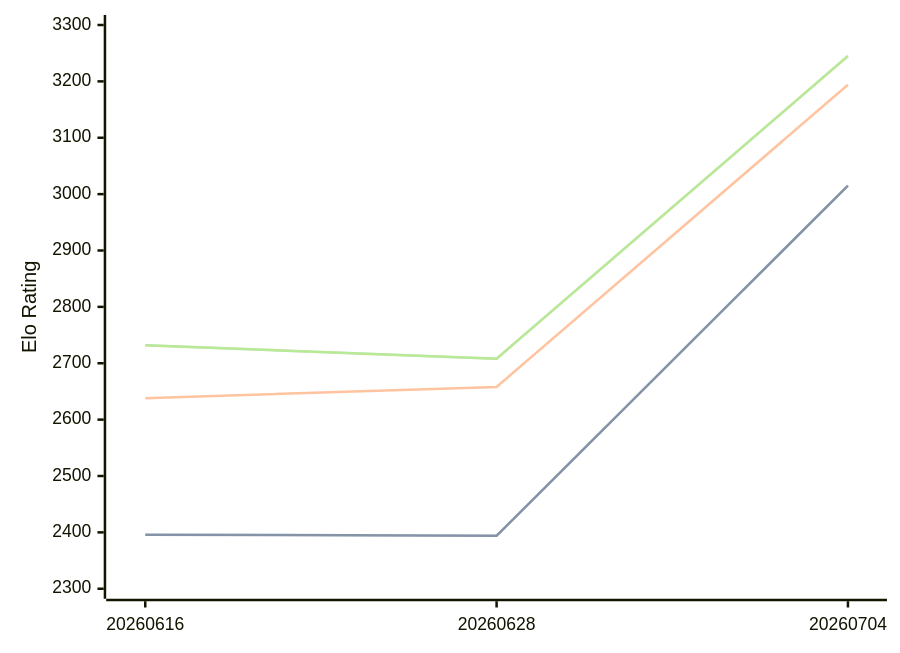
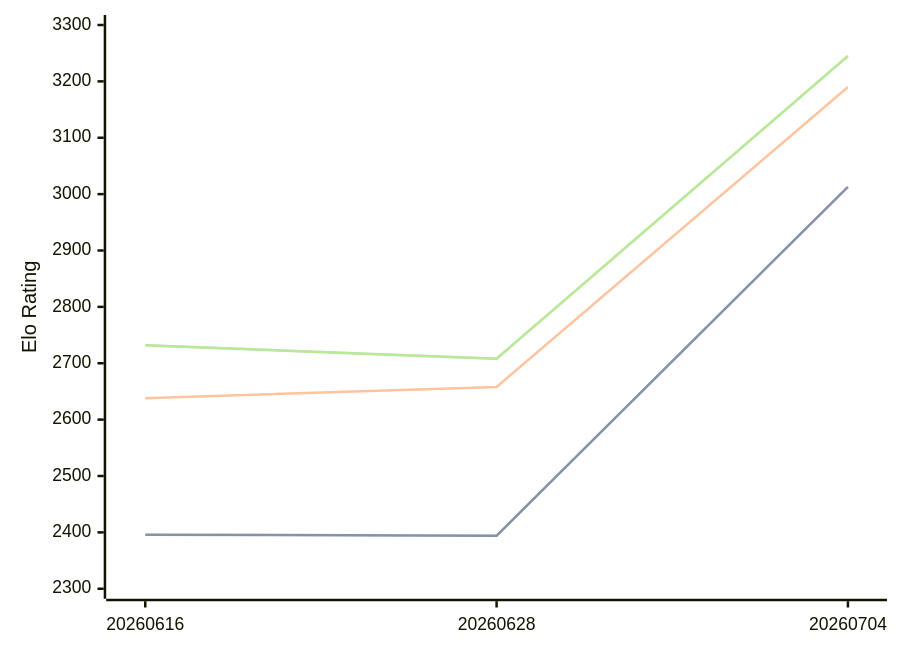
One commit to computer-chess-index/cci changed the diagram in engines/Askaig.md. Above: the diagram before and after it, drawn with Mermaid. The commit also changed other lines of this file, not shown here.

````diff
--- a/engines/Askaig.md
+++ b/engines/Askaig.md
@@ -35,11 +35,11 @@
 ```mermaid
 %%{init: {"theme":"base","themeVariables":{"seriesColors:['#a3a3a3','#222221','#faa371']}}}%%
 xychart-beta
   x-axis ["20260616", "20260628", "20260704"]
   y-axis "Elo Rating" 2300 --> 3300
-  line "STC (8.0+0.08s)" [2396, 2394, 3015]
-  line "STC (8.0+0.08s)" [2396, 2394, 3015]
-  line "LTC (60.0+0.60s)" [2638, 2658, 3194]
+  line "STC (8.0+0.08s)" [2396, 2394, 3013]
+  line "STC (8.0+0.08s)" [2396, 2394, 3013]
+  line "LTC (60.0+0.60s)" [2638, 2658, 3190]
   line "VLTC (2m24s+1.12s)" [2732, 2708, 3245]
   line "VLTC (2m24s+1.12s)" [2732, 2708, 3245]
 ```
````
